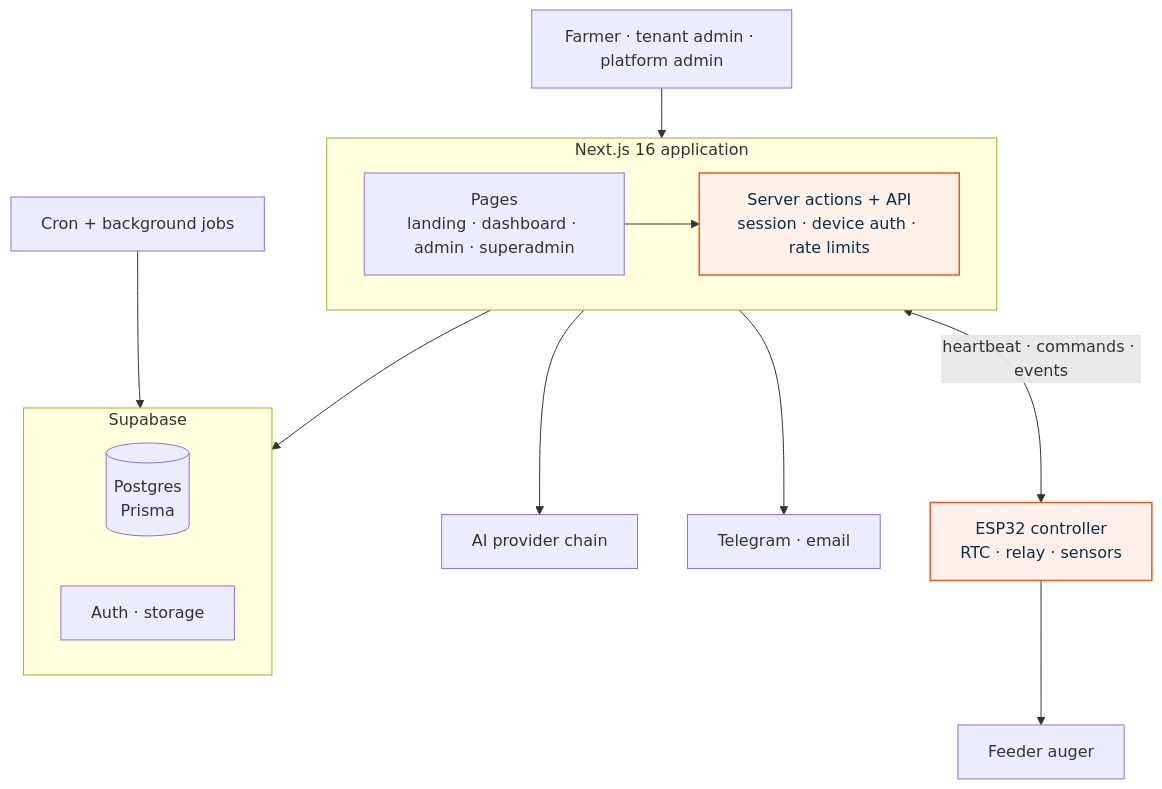
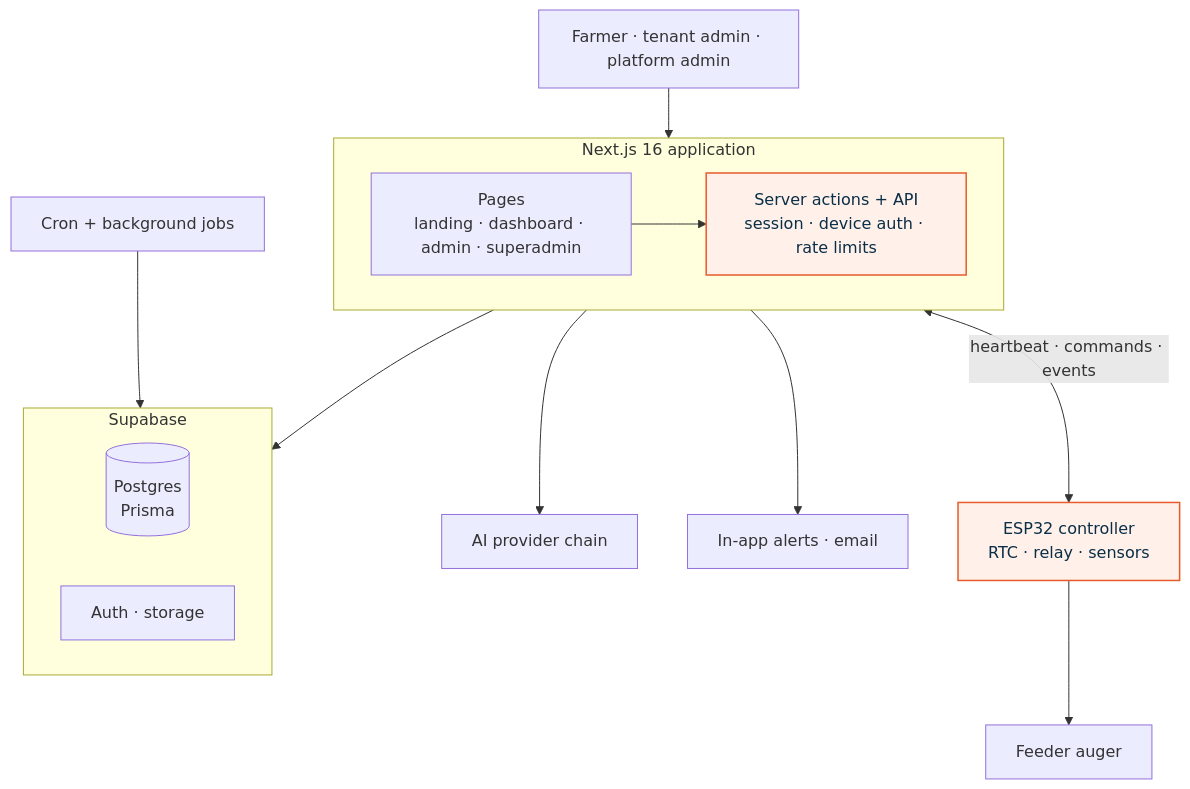
Before and after one commit to J-Akiru5/OptiFeed: the diagram in docs/system-functions-portal/diagrams/system.mmd, drawn with Mermaid. The commit also changed 23 other files, not shown here.

First line of the commit message:
chore(alerts): remove the telegram channel and record the decision

```diff
--- a/docs/system-functions-portal/diagrams/system.mmd
+++ b/docs/system-functions-portal/diagrams/system.mmd
@@ -1,26 +1,26 @@
 flowchart TB
   U["Farmer · tenant admin · platform admin"] --> WEB
 
   subgraph WEB["Next.js 16 application"]
     direction LR
     UI["Pages<br/>landing · dashboard · admin · superadmin"]
     API["Server actions + API<br/>session · device auth · rate limits"]
     UI --> API
   end
 
   WEB --> DATA
 
   subgraph DATA["Supabase"]
     direction LR
     PG[("Postgres<br/>Prisma")]
     AUTH["Auth · storage"]
   end
 
   API --> AI["AI provider chain"]
-  API --> NOTIFY["Telegram · email"]
+  API --> NOTIFY["In-app alerts · email"]
   JOB["Cron + background jobs"] --> PG
   API <-->|"heartbeat · commands · events"| ESP
   ESP["ESP32 controller<br/>RTC · relay · sensors"] --> FEED["Feeder auger"]
 
   classDef accent fill:#fff1ea,stroke:#e85a2a,color:#0a2e47,stroke-width:1.5px;
   class API,ESP accent;
```
